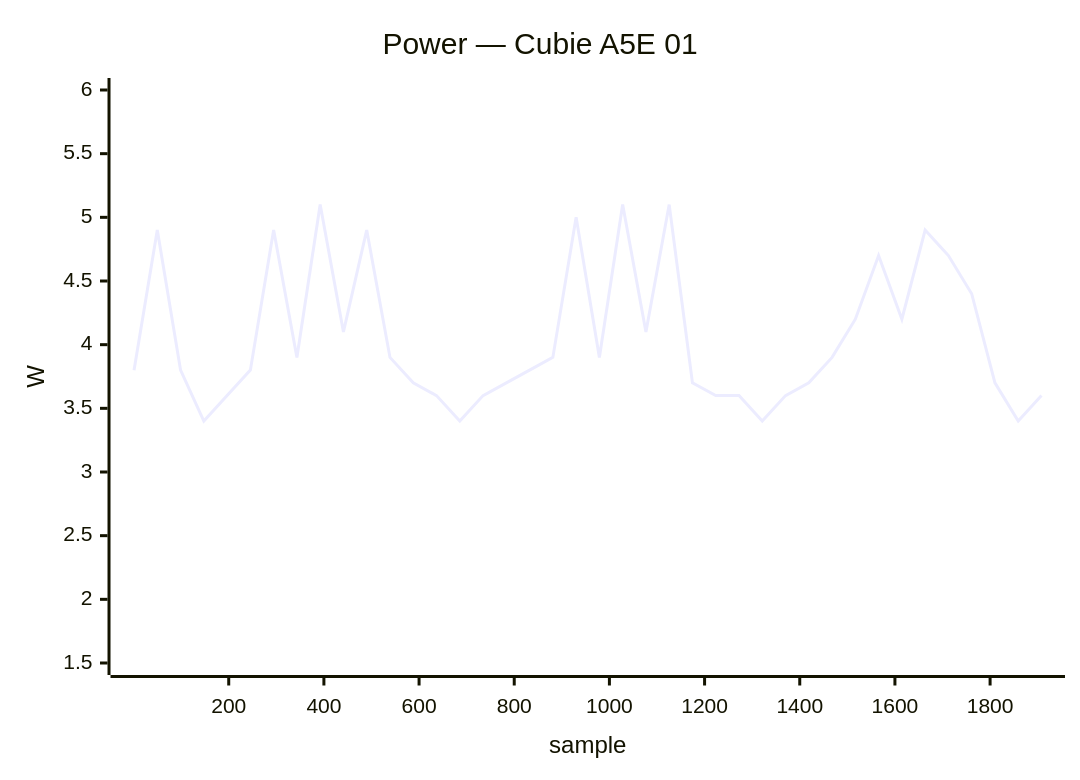
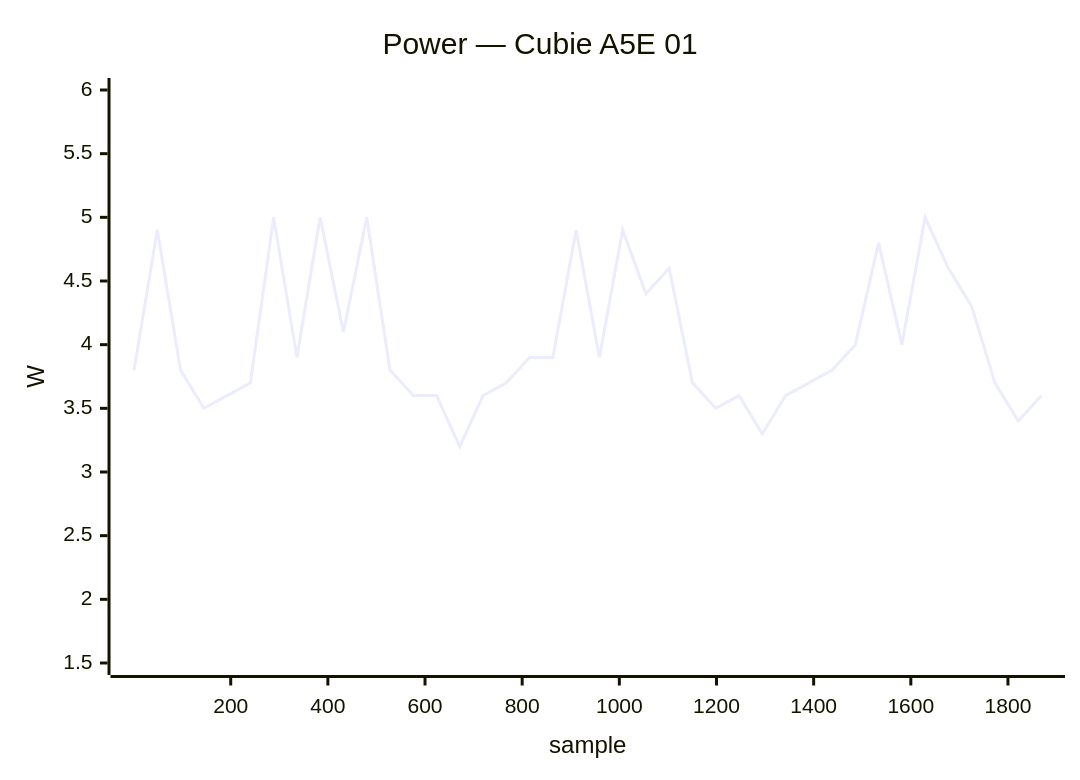
One commit to armbian/documentation changed the second of 49 diagrams in docs/status/board-tests.md. Above: the diagram before and after it, drawn with Mermaid. The commit also changed other lines of this file, not shown here.

````diff
--- a/docs/status/board-tests.md
+++ b/docs/status/board-tests.md
@@ -63,7 +63,7 @@
 ```mermaid
 xychart-beta
     title "Power — Cubie A5E 01"
-    x-axis "sample" 1 --> 1908
+    x-axis "sample" 1 --> 1869
     y-axis "W" 1.5 --> 6.0
-    line [3.8, 4.9, 3.8, 3.4, 3.6, 3.8, 4.9, 3.9, 5.1, 4.1, 4.9, 3.9, 3.7, 3.6, 3.4, 3.6, 3.7, 3.8, 3.9, 5.0, 3.9, 5.1, 4.1, 5.1, 3.7, 3.6, 3.6, 3.4, 3.6, 3.7, 3.9, 4.2, 4.7, 4.2, 4.9, 4.7, 4.4, 3.7, 3.4, 3.6]
+    line [3.8, 4.9, 3.8, 3.5, 3.6, 3.7, 5.0, 3.9, 5.0, 4.1, 5.0, 3.8, 3.6, 3.6, 3.2, 3.6, 3.7, 3.9, 3.9, 4.9, 3.9, 4.9, 4.4, 4.6, 3.7, 3.5, 3.6, 3.3, 3.6, 3.7, 3.8, 4.0, 4.8, 4.0, 5.0, 4.6, 4.3, 3.7, 3.4, 3.6]
 ```
````
